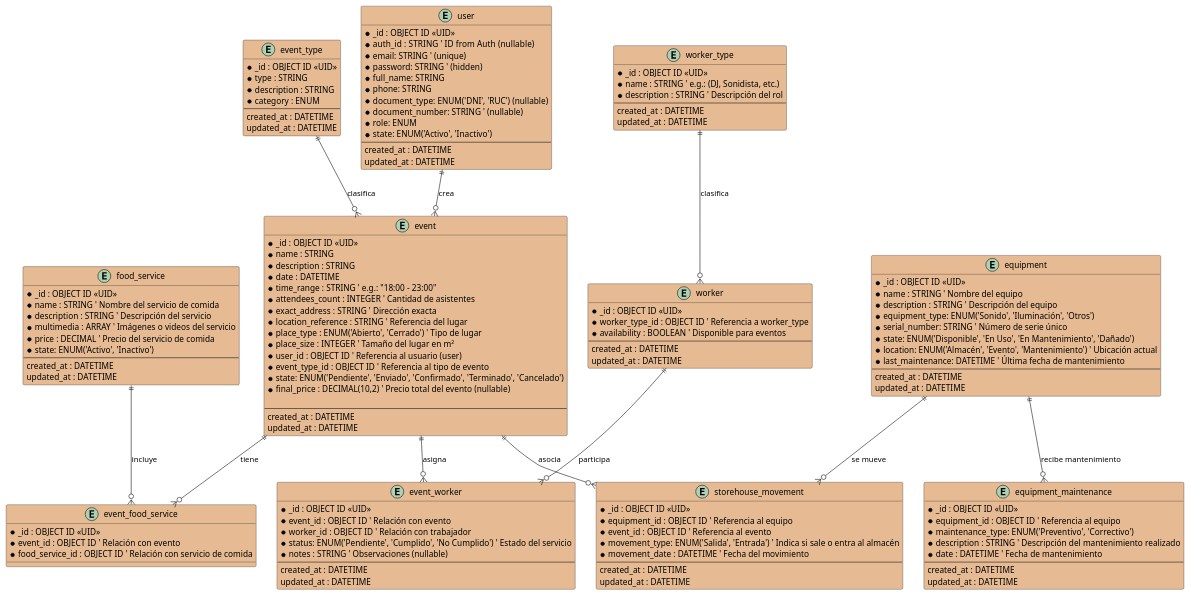
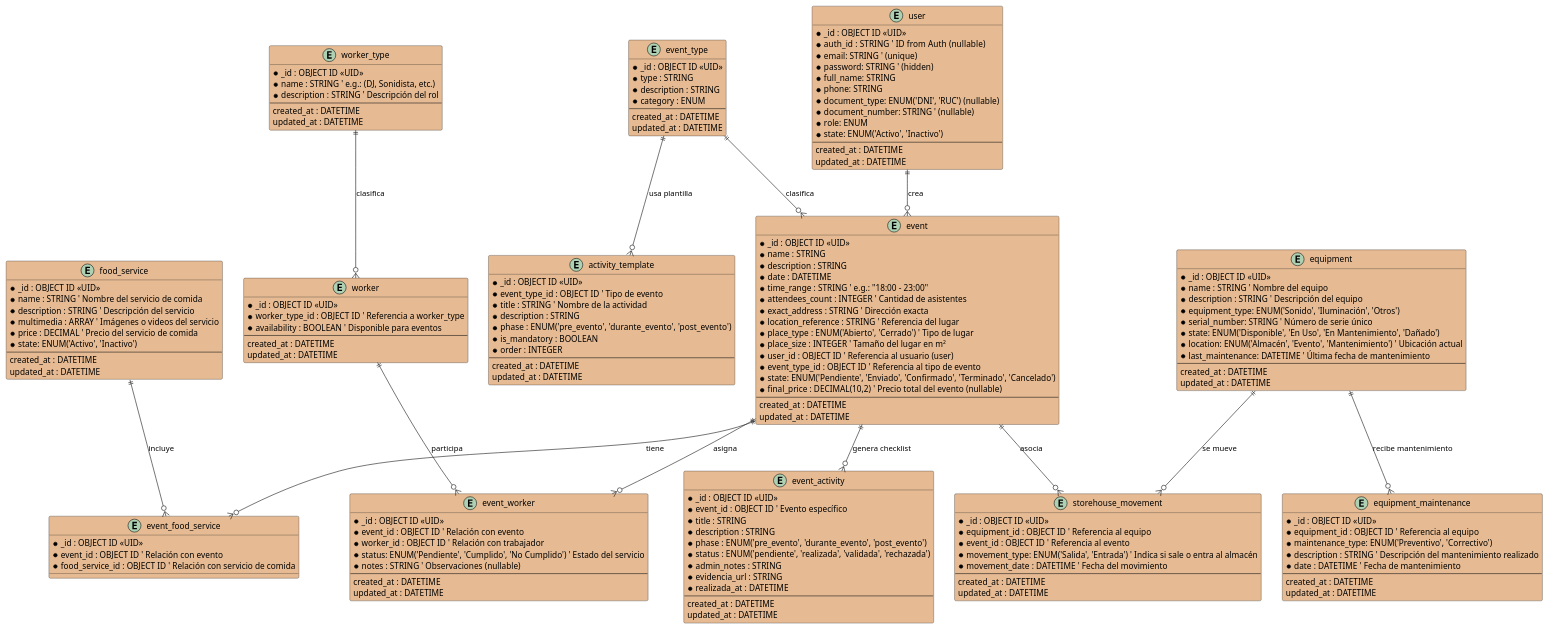
Before and after one commit to gastonrodrig/level-music-api: the diagram in docs/model/levelmusic.puml, drawn with PlantUML. The commit also changed 33 other files, not shown here.

```diff
--- a/docs/model/levelmusic.puml
+++ b/docs/model/levelmusic.puml
@@ -1,150 +1,179 @@
 @startuml levelmusic_diagram
 '-----------------------------
 ' Entities
 '-----------------------------
 entity user #E6BB93 {
   * _id : OBJECT ID <<UID>>
   * auth_id : STRING  ' ID from Auth (nullable)
   * email: STRING ' (unique)
   * password: STRING ' (hidden)
   * full_name: STRING
   * phone: STRING
   * document_type: ENUM('DNI', 'RUC') (nullable)
   * document_number: STRING ' (nullable)
   * role: ENUM
   * state: ENUM('Activo', 'Inactivo')
   --
   created_at : DATETIME
   updated_at : DATETIME
 }
 
 entity event_type #E6BB93 {
   * _id : OBJECT ID <<UID>>
   * type : STRING
   * description : STRING
   * category : ENUM
   --
   created_at : DATETIME
   updated_at : DATETIME
 }
 
 entity event #E6BB93 {
   * _id : OBJECT ID <<UID>>
   * name : STRING
   * description : STRING
   * date : DATETIME
   * time_range : STRING ' e.g.: "18:00 - 23:00"
   * attendees_count : INTEGER ' Cantidad de asistentes
   * exact_address : STRING ' Dirección exacta
   * location_reference : STRING ' Referencia del lugar
   * place_type : ENUM('Abierto', 'Cerrado') ' Tipo de lugar
   * place_size : INTEGER ' Tamaño del lugar en m²
   * user_id : OBJECT ID ' Referencia al usuario (user)
   * event_type_id : OBJECT ID ' Referencia al tipo de evento
   * state: ENUM('Pendiente', 'Enviado', 'Confirmado', 'Terminado', 'Cancelado')
   * final_price : DECIMAL(10,2) ' Precio total del evento (nullable)
-  
   --
   created_at : DATETIME
   updated_at : DATETIME
 }
 
 entity food_service #E6BB93 {
   * _id : OBJECT ID <<UID>>
   * name : STRING ' Nombre del servicio de comida
   * description : STRING ' Descripción del servicio
   * multimedia : ARRAY ' Imágenes o videos del servicio
   * price : DECIMAL ' Precio del servicio de comida
   * state: ENUM('Activo', 'Inactivo')
   --
   created_at : DATETIME
   updated_at : DATETIME
 }
 
 entity event_food_service #E6BB93 {
   * _id : OBJECT ID <<UID>>
   * event_id : OBJECT ID ' Relación con evento
   * food_service_id : OBJECT ID ' Relación con servicio de comida
 }
 
 entity worker_type #E6BB93 {
   * _id : OBJECT ID <<UID>>
   * name : STRING ' e.g.: (DJ, Sonidista, etc.)
   * description : STRING ' Descripción del rol
   --
   created_at : DATETIME
   updated_at : DATETIME
 }
 
 entity worker #E6BB93 {
   * _id : OBJECT ID <<UID>>
   * worker_type_id : OBJECT ID ' Referencia a worker_type
   * availability : BOOLEAN ' Disponible para eventos
   --
   created_at : DATETIME
   updated_at : DATETIME
 }
 
 entity event_worker #E6BB93 {
   * _id : OBJECT ID <<UID>>
   * event_id : OBJECT ID ' Relación con evento
   * worker_id : OBJECT ID ' Relación con trabajador
   * status: ENUM('Pendiente', 'Cumplido', 'No Cumplido') ' Estado del servicio
   * notes : STRING ' Observaciones (nullable)
   --
   created_at : DATETIME
   updated_at : DATETIME
 }
 
 entity equipment #E6BB93 {
   * _id : OBJECT ID <<UID>>
   * name : STRING ' Nombre del equipo
   * description : STRING ' Descripción del equipo
   * equipment_type: ENUM('Sonido', 'Iluminación', 'Otros') 
   * serial_number: STRING ' Número de serie único
   * state: ENUM('Disponible', 'En Uso', 'En Mantenimiento', 'Dañado')
   * location: ENUM('Almacén', 'Evento', 'Mantenimiento') ' Ubicación actual
   * last_maintenance: DATETIME ' Última fecha de mantenimiento
   --
   created_at : DATETIME
   updated_at : DATETIME
 }
 
 entity equipment_maintenance #E6BB93 {
   * _id : OBJECT ID <<UID>>
   * equipment_id : OBJECT ID ' Referencia al equipo
   * maintenance_type: ENUM('Preventivo', 'Correctivo')
   * description : STRING ' Descripción del mantenimiento realizado
   * date : DATETIME ' Fecha de mantenimiento
   --
   created_at : DATETIME
   updated_at : DATETIME
 }
 
 entity storehouse_movement #E6BB93 {
   * _id : OBJECT ID <<UID>>
   * equipment_id : OBJECT ID ' Referencia al equipo
   * event_id : OBJECT ID ' Referencia al evento
   * movement_type: ENUM('Salida', 'Entrada') ' Indica si sale o entra al almacén
   * movement_date : DATETIME ' Fecha del movimiento
   --
   created_at : DATETIME
   updated_at : DATETIME
 }
 
+entity activity_template #E6BB93 {
+  * _id : OBJECT ID <<UID>>
+  * event_type_id : OBJECT ID ' Tipo de evento
+  * title : STRING ' Nombre de la actividad
+  * description : STRING
+  * phase : ENUM('pre_evento', 'durante_evento', 'post_evento')
+  * is_mandatory : BOOLEAN
+  * order : INTEGER
+  --
+  created_at : DATETIME
+  updated_at : DATETIME
+}
+
+entity event_activity #E6BB93 {
+  * _id : OBJECT ID <<UID>>
+  * event_id : OBJECT ID ' Evento específico
+  * title : STRING
+  * description : STRING
+  * phase : ENUM('pre_evento', 'durante_evento', 'post_evento')
+  * status : ENUM('pendiente', 'realizada', 'validada', 'rechazada')
+  * admin_notes : STRING
+  * evidencia_url : STRING
+  * realizada_at : DATETIME
+  --
+  created_at : DATETIME
+  updated_at : DATETIME
+}
+
 '-----------------------------
 ' Relationships
 '-----------------------------
 
 user ||--o{ event : "crea"
 event_type ||--o{ event : "clasifica"
 event ||--o{ event_food_service : "tiene"
 food_service ||--o{ event_food_service : "incluye"
 worker_type ||--o{ worker : "clasifica"
 event ||--o{ event_worker : "asigna"
 worker ||--o{ event_worker : "participa"
 event ||--o{ storehouse_movement : "asocia"
 equipment ||--o{ storehouse_movement : "se mueve"
 equipment ||--o{ equipment_maintenance : "recibe mantenimiento"
+event_type ||--o{ activity_template : "usa plantilla"
+event ||--o{ event_activity : "genera checklist"
 
 @enduml
```
